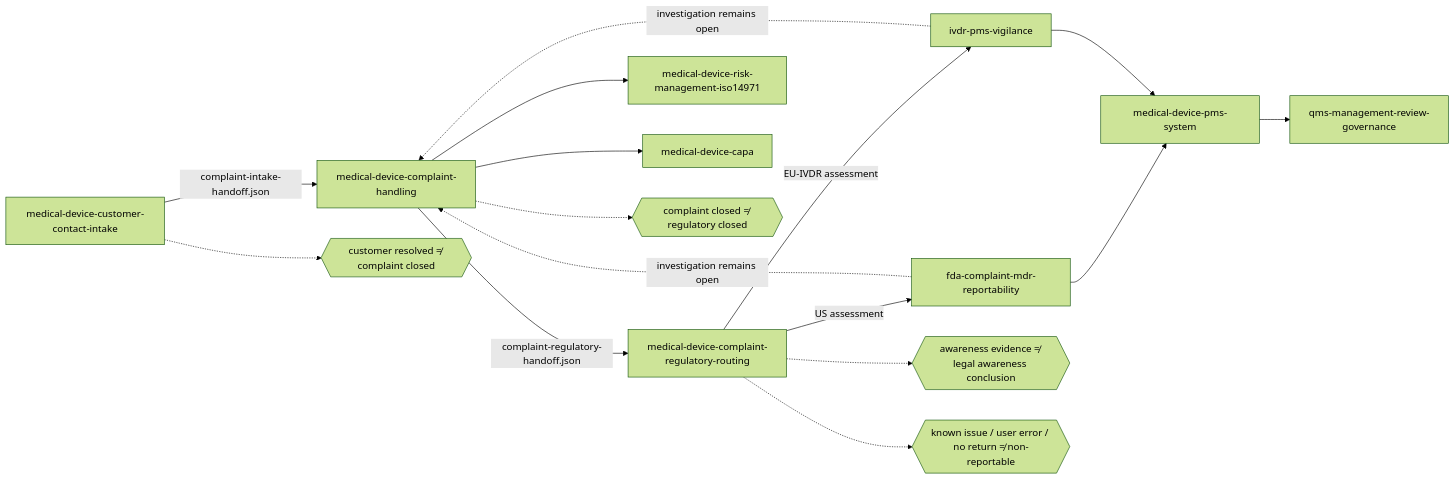
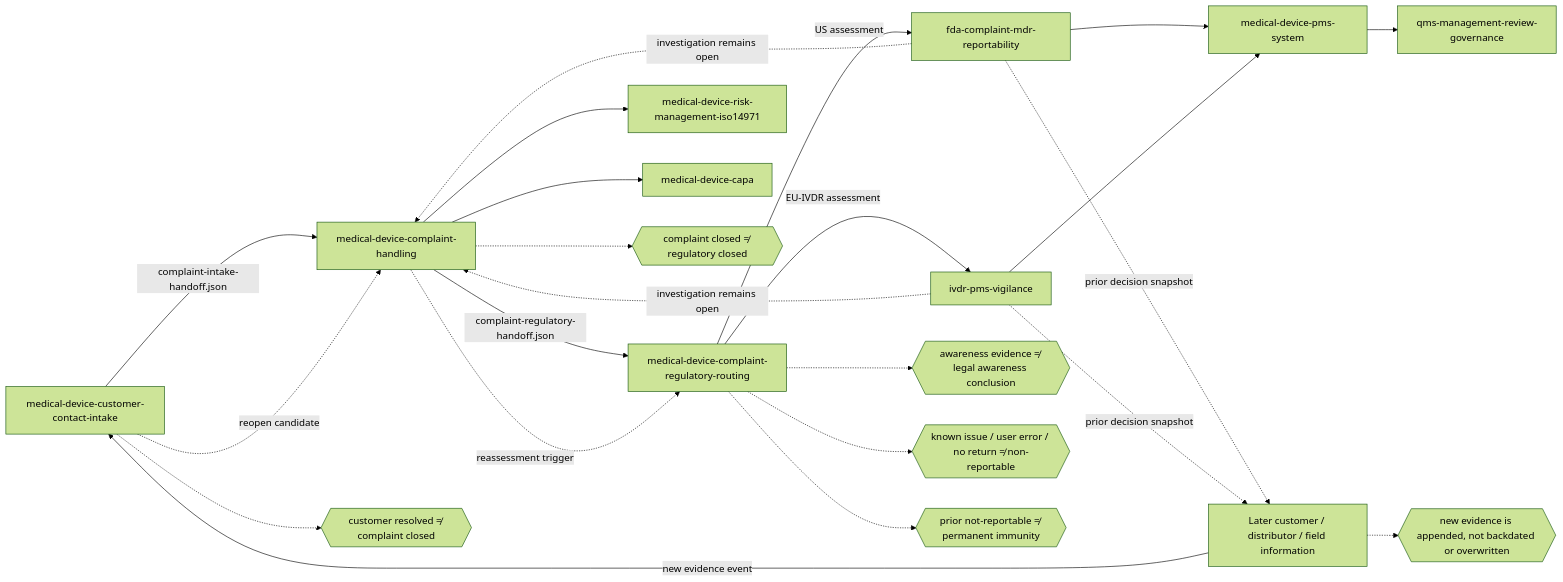
One commit to GithubLarsKomo/skillz changed the third of 6 diagrams in docs/SKILL-UNIVERSE.md. Above: the diagram before and after it, drawn with Mermaid (forest theme). The commit also changed other lines of this file, not shown here.

Commit message:
Show customer complaint reassessment loop in skill universe

````diff
--- a/docs/SKILL-UNIVERSE.md
+++ b/docs/SKILL-UNIVERSE.md
@@ -160,36 +164,47 @@
 ```mermaid
 flowchart LR
     CONTACT[medical-device-customer-contact-intake]
     COMPLAINT[medical-device-complaint-handling]
     ROUTE[medical-device-complaint-regulatory-routing]
     FDA[fda-complaint-mdr-reportability]
     IVDR[ivdr-pms-vigilance]
     PMS[medical-device-pms-system]
     RISK[medical-device-risk-management-iso14971]
     CAPA[medical-device-capa]
     MR[qms-management-review-governance]
+    FOLLOWUP[Later customer / distributor / field information]
 
     CONTACT -->|complaint-intake-handoff.json| COMPLAINT
     COMPLAINT -->|complaint-regulatory-handoff.json| ROUTE
     ROUTE -->|US assessment| FDA
     ROUTE -->|EU-IVDR assessment| IVDR
 
     COMPLAINT --> RISK
     COMPLAINT --> CAPA
     FDA --> PMS
     IVDR --> PMS
     PMS --> MR
 
     FDA -. investigation remains open .-> COMPLAINT
     IVDR -. investigation remains open .-> COMPLAINT
 
+    FDA -. prior decision snapshot .-> FOLLOWUP
+    IVDR -. prior decision snapshot .-> FOLLOWUP
+    FOLLOWUP -->|new evidence event| CONTACT
+    CONTACT -. reopen candidate .-> COMPLAINT
+    COMPLAINT -. reassessment trigger .-> ROUTE
+
     S1{{customer resolved ≠ complaint closed}}
     S2{{complaint closed ≠ regulatory closed}}
     S3{{awareness evidence ≠ legal awareness conclusion}}
     S4{{known issue / user error / no return ≠ non-reportable}}
+    S5{{prior not-reportable ≠ permanent immunity}}
+    S6{{new evidence is appended, not backdated or overwritten}}
 
     CONTACT -.-> S1
     COMPLAINT -.-> S2
     ROUTE -.-> S3
     ROUTE -.-> S4
+    ROUTE -.-> S5
+    FOLLOWUP -.-> S6
 ```
````
